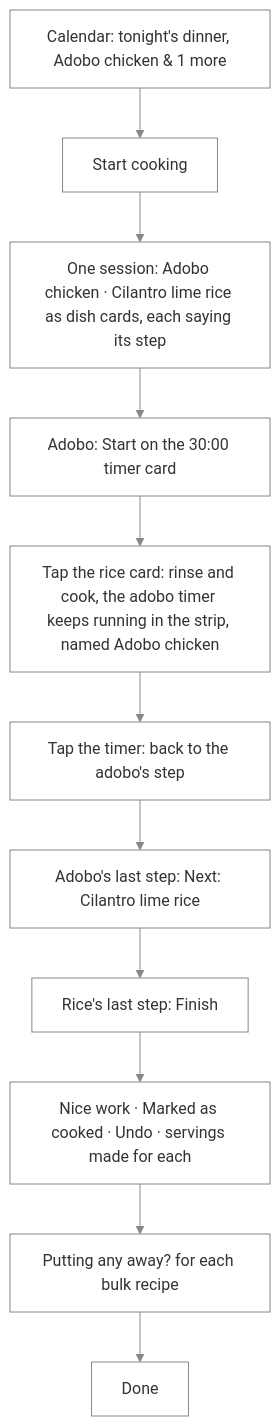
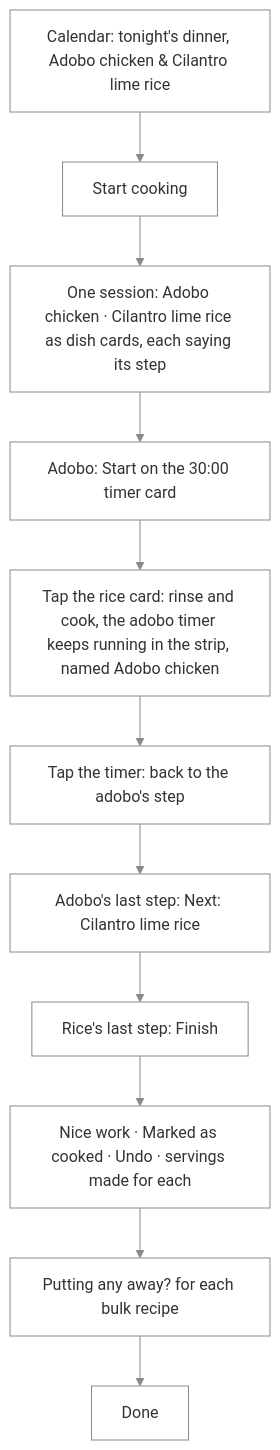
Before and after one commit to NovaMoonX/moondreams-dev-apps: diagram 45 of 55 in src/apps/pinch/UX.md, drawn with Mermaid. The commit also changed other lines of this file and 5 other files, not shown here.

````diff
--- a/src/apps/pinch/UX.md
+++ b/src/apps/pinch/UX.md
@@ -1411,10 +1411,10 @@
 ```mermaid
 %%{init: {'theme': 'base', 'themeVariables': {'primaryColor': 'transparent', 'clusterBkg': 'transparent', 'primaryBorderColor': '#888888', 'clusterBorder': '#888888', 'lineColor': '#888888', 'primaryTextColor': '#333333'}}}%%
 flowchart TD
-    A["Calendar: tonight's dinner, Adobo chicken & 1 more"] --> B["Start cooking"]
+    A["Calendar: tonight's dinner, Adobo chicken & Cilantro lime rice"] --> B["Start cooking"]
     B --> C["One session: Adobo chicken · Cilantro lime rice as dish cards, each saying its step"]
     C --> D["Adobo: Start on the 30:00 timer card"] --> E["Tap the rice card: rinse and cook, the adobo timer keeps running in the strip, named Adobo chicken"]
     E --> F["Tap the timer: back to the adobo's step"] --> G["Adobo's last step: Next: Cilantro lime rice"]
     G --> H["Rice's last step: Finish"] --> I["Nice work · Marked as cooked · Undo · servings made for each"]
     I --> J["Putting any away? for each bulk recipe"] --> K["Done"]
 ```
````
